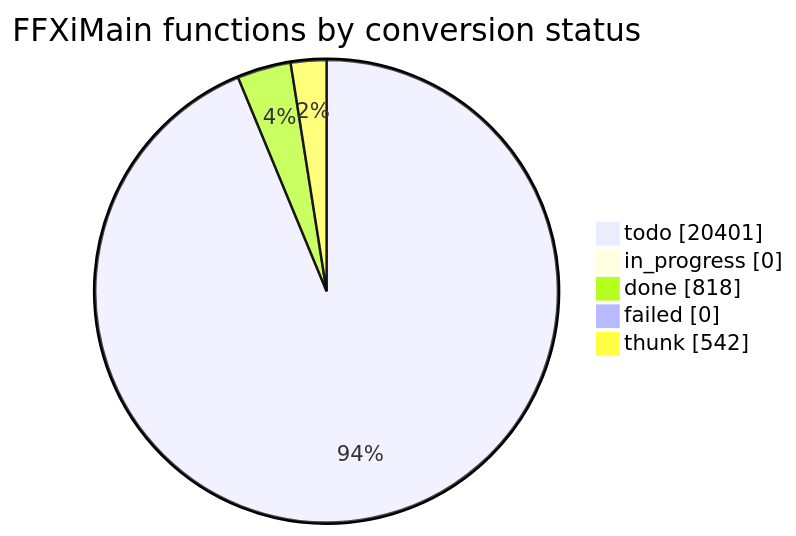
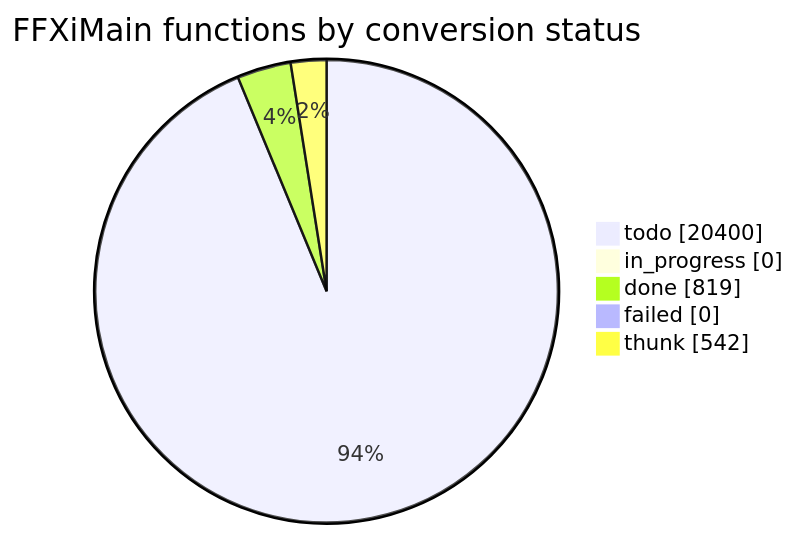
One commit to cowrevenge/cow_kuluu_xi_anything changed the diagram in docs/cow/STATUS.md. Above: the diagram before and after it, drawn with Mermaid. The commit also changed other lines of this file and 9 other files, not shown here.

````diff
--- a/docs/cow/STATUS.md
+++ b/docs/cow/STATUS.md
@@ -18,9 +18,9 @@
 ```mermaid
 pie showData
     title FFXiMain functions by conversion status
-    "todo" : 20401
+    "todo" : 20400
     "in_progress" : 0
-    "done" : 818
+    "done" : 819
     "failed" : 0
     "thunk" : 542
 ```
````
